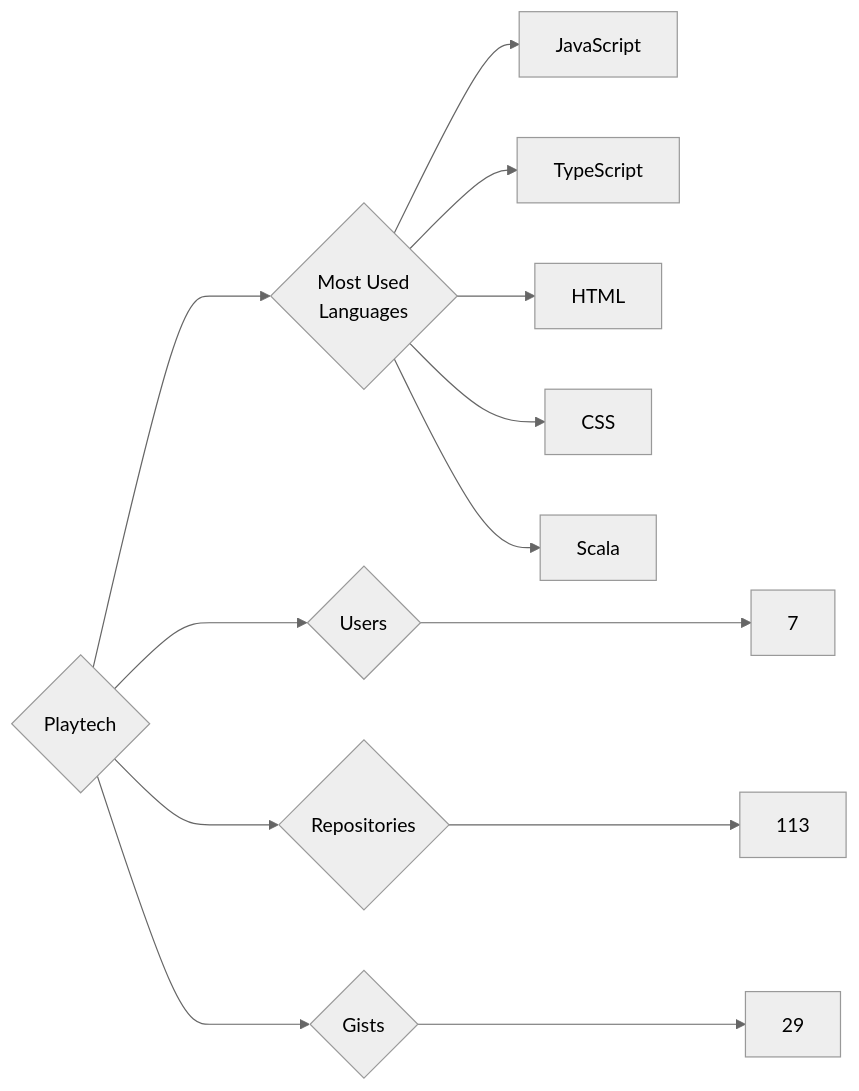
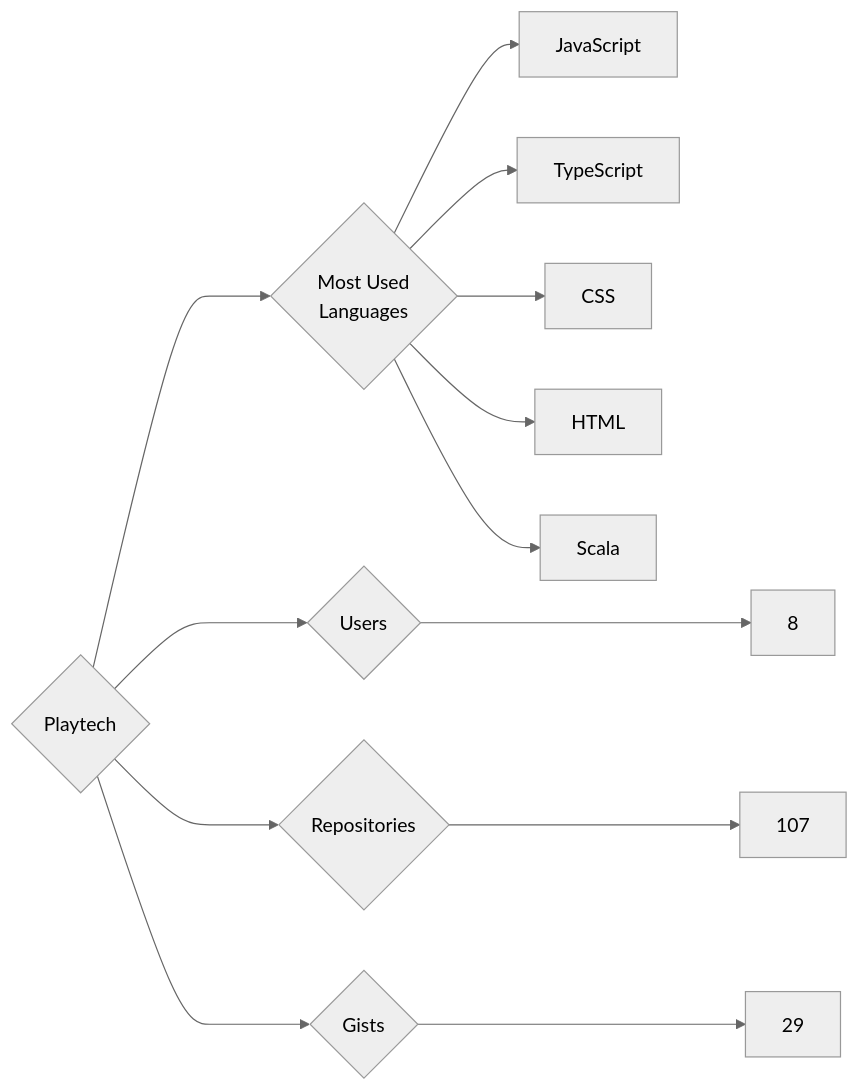
The diagram in targets/Playtech/README.md (trickest/insiders), drawn with Mermaid (neutral theme) before and after one commit. The commit also changed 1479 other files, not shown here.

````diff
--- a/targets/Playtech/README.md
+++ b/targets/Playtech/README.md
@@ -3,13 +3,13 @@
 ```mermaid
 graph LR
 COMPANY_NAME{Playtech}
-COMPANY_NAME ---> U{Users} ---> UN[7]
-COMPANY_NAME ---> R{Repositories} ---> RN[113]
+COMPANY_NAME ---> U{Users} ---> UN[8]
+COMPANY_NAME ---> R{Repositories} ---> RN[107]
 COMPANY_NAME ---> G{Gists} ---> GN[29]
 COMPANY_NAME ---> ML{Most Used<br>Languages}
 ML --> JavaScript[JavaScript]
 ML --> TypeScript[TypeScript]
+ML --> CSS[CSS]
 ML --> HTML[HTML]
-ML --> CSS[CSS]
 ML --> Scala[Scala]
 ```
````
